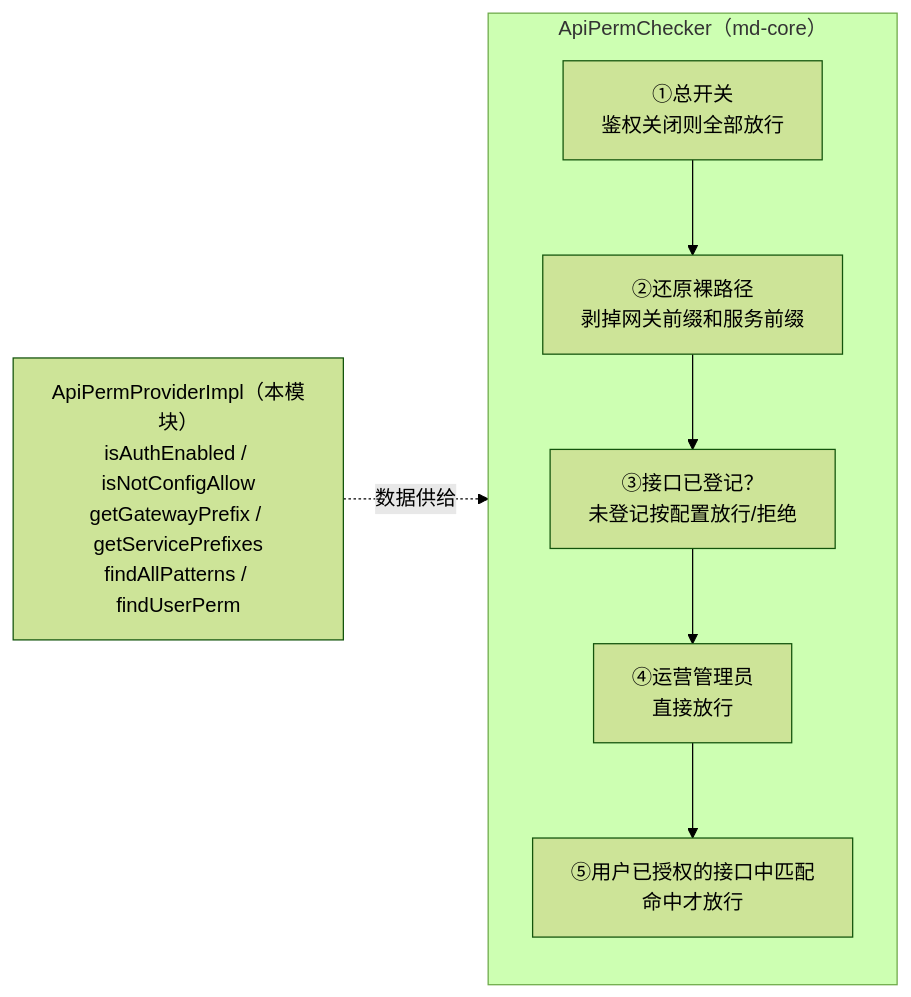
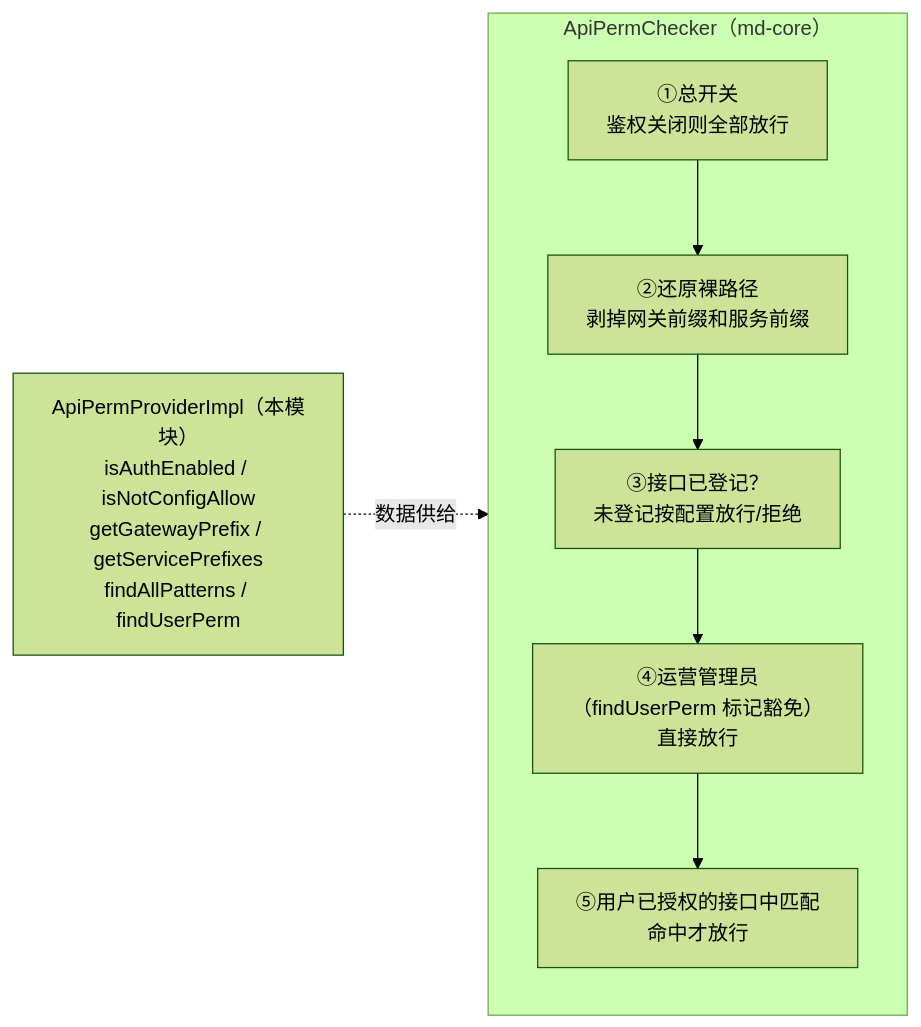
The diagram in src/doc/source/md-public/md-resource-api.md (henhen6/mdp-docs), drawn with Mermaid (forest theme) before and after one commit. The commit also changed other lines of this file and 10 other files, not shown here.

````diff
--- a/src/doc/source/md-public/md-resource-api.md
+++ b/src/doc/source/md-public/md-resource-api.md
@@ -22,10 +24,10 @@
 ```mermaid
 flowchart LR
     subgraph 引擎["ApiPermChecker（md-core）"]
         C1["①总开关<br/>鉴权关闭则全部放行"] --> C2["②还原裸路径<br/>剥掉网关前缀和服务前缀"]
         C2 --> C3["③接口已登记？<br/>未登记按配置放行/拒绝"]
-        C3 --> C4["④运营管理员<br/>直接放行"]
+        C3 --> C4["④运营管理员<br/>（findUserPerm 标记豁免）直接放行"]
         C4 --> C5["⑤用户已授权的接口中匹配<br/>命中才放行"]
     end
     P["ApiPermProviderImpl（本模块）<br/>isAuthEnabled / isNotConfigAllow<br/>getGatewayPrefix / getServicePrefixes<br/>findAllPatterns / findUserPerm"] -.->|"数据供给"| 引擎
 ```
````
